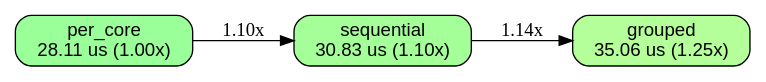
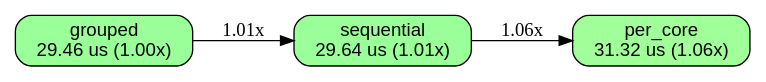
The diagram in docs/BENCHES.accumulator_grouped.w1_g64_n4096.linux-x86_64-c4-container-intel.dot (orgrinrt/hilavitkutin), drawn with Graphviz before and after one commit. The commit also changed 36 other files, not shown here.

```diff
--- a/docs/BENCHES.accumulator_grouped.w1_g64_n4096.linux-x86_64-c4-container-intel.dot
+++ b/docs/BENCHES.accumulator_grouped.w1_g64_n4096.linux-x86_64-c4-container-intel.dot
@@ -1,16 +1,16 @@
 // AUTO-GENERATED: DO NOT EDIT DIRECTLY
 //
 // Generated by: mockspace (mock)
-// Generated at: 2026-11-19T21:47:03Z
+// Generated at: 2026-11-19T22:15:46Z
 // Source: mock/
 // To regenerate: cargo mock
 
 digraph "accumulator_grouped/w1_g64_n4096 on linux-x86_64-c4-container-intel" {
   rankdir=LR;
   node [shape=box, style="rounded,filled", fontname="Helvetica"];
-  v0 [label="per_core\n28.11 us (1.00x)", fillcolor="0.330 0.4 1.0"];
-  v1 [label="sequential\n30.83 us (1.10x)", fillcolor="0.314 0.4 1.0"];
-  v2 [label="grouped\n35.06 us (1.25x)", fillcolor="0.289 0.4 1.0"];
-  v0 -> v1 [label="1.10x"];
-  v1 -> v2 [label="1.14x"];
+  v0 [label="grouped\n29.46 us (1.00x)", fillcolor="0.330 0.4 1.0"];
+  v1 [label="sequential\n29.64 us (1.01x)", fillcolor="0.329 0.4 1.0"];
+  v2 [label="per_core\n31.32 us (1.06x)", fillcolor="0.320 0.4 1.0"];
+  v0 -> v1 [label="1.01x"];
+  v1 -> v2 [label="1.06x"];
 }
```
